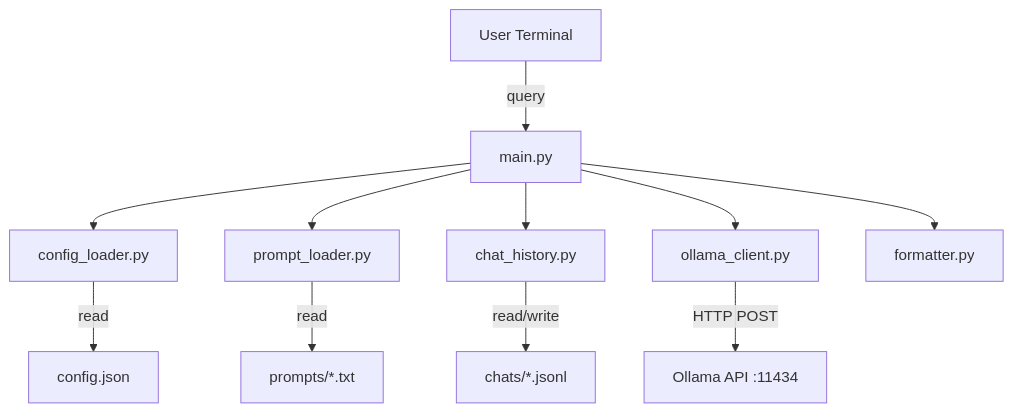
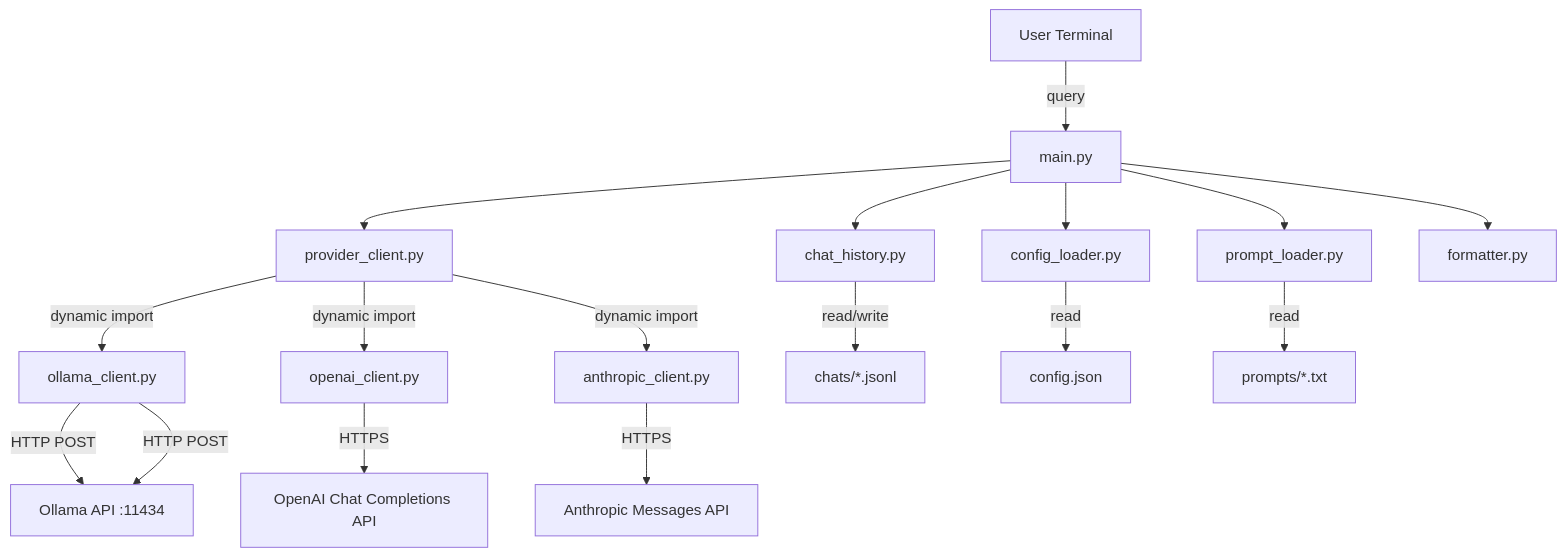
The diagram in docs/architecture.md (ai4sweng/kio1.orchestrator), drawn with Mermaid before and after one commit. The commit also changed other lines of this file and 13 other files, not shown here.

````diff
--- a/docs/architecture.md
+++ b/docs/architecture.md
@@ -9,13 +9,19 @@
 ```mermaid
 graph TD
     User[User Terminal] -->|query| Main[main.py]
     Main --> ConfigLoader[config_loader.py]
     Main --> PromptLoader[prompt_loader.py]
     Main --> ChatHistory[chat_history.py]
-    Main --> OllamaClient[ollama_client.py]
+    Main --> ProviderClient[provider_client.py]
     Main --> Formatter[formatter.py]
     OllamaClient -->|HTTP POST| Ollama[Ollama API :11434]
+    ProviderClient -->|dynamic import| OllamaClient[ollama_client.py]
+    ProviderClient -->|dynamic import| OpenAIClient[openai_client.py]
+    ProviderClient -->|dynamic import| AnthropicClient[anthropic_client.py]
+    OllamaClient -->|HTTP POST| Ollama[Ollama API :11434]
+    OpenAIClient -->|HTTPS| OpenAIAPI[OpenAI Chat Completions API]
+    AnthropicClient -->|HTTPS| AnthropicAPI[Anthropic Messages API]
     ChatHistory -->|read/write| ChatFiles[chats/*.jsonl]
     ConfigLoader -->|read| ConfigFile[config.json]
     PromptLoader -->|read| PromptFile[prompts/*.txt]
 ```
````
